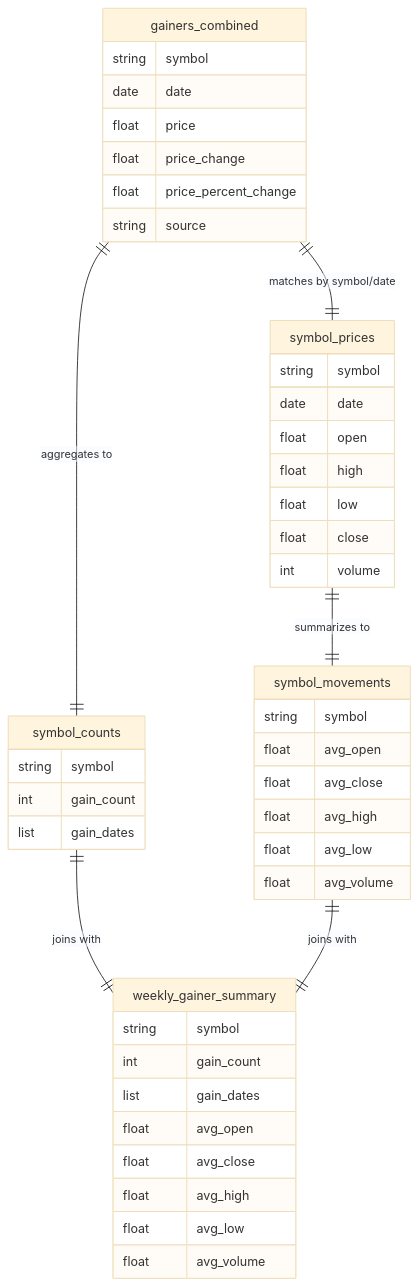
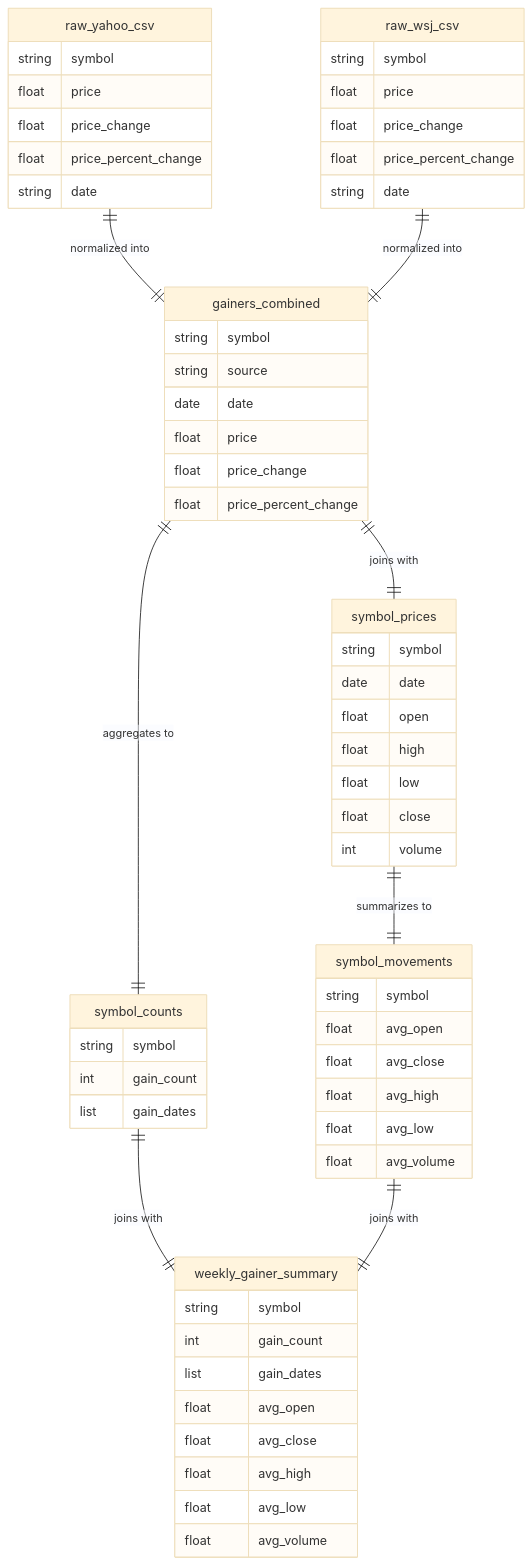
One commit to DevlinBridges/SP25_DS5111_cbv6gd changed the diagram in erd.md. Above: the diagram before and after it, drawn with Mermaid (base theme). The commit also changed other lines of this file, not shown here.

Commit message:
Update erd.md
Updated ERD to be more descriptive.

````diff
--- a/erd.md
+++ b/erd.md
@@ -21,53 +21,71 @@
 ```mermaid
 erDiagram
+    raw_yahoo_csv {
+        string symbol
+        float price
+        float price_change
+        float price_percent_change
+        string date
+    }
+
+    raw_wsj_csv {
+        string symbol
+        float price
+        float price_change
+        float price_percent_change
+        string date
+    }
+
     gainers_combined {
         string symbol
+        string source
         date date
         float price
         float price_change
         float price_percent_change
-        string source
     }
 
     symbol_prices {
         string symbol
         date date
         float open
         float high
         float low
         float close
         int volume
     }
 
     symbol_counts {
         string symbol
         int gain_count
         list gain_dates
     }
 
     symbol_movements {
         string symbol
         float avg_open
         float avg_close
         float avg_high
         float avg_low
         float avg_volume
     }
 
     weekly_gainer_summary {
         string symbol
         int gain_count
         list gain_dates
         float avg_open
         float avg_close
         float avg_high
         float avg_low
         float avg_volume
     }
 
-    gainers_combined ||--|| symbol_prices : "matches by symbol/date"
+    raw_yahoo_csv ||--|| gainers_combined : "normalized into"
+    raw_wsj_csv ||--|| gainers_combined : "normalized into"
+    gainers_combined ||--|| symbol_prices : "joins with"
     gainers_combined ||--|| symbol_counts : "aggregates to"
     symbol_prices ||--|| symbol_movements : "summarizes to"
     symbol_counts ||--|| weekly_gainer_summary : "joins with"
     symbol_movements ||--|| weekly_gainer_summary : "joins with"
 ```
````
